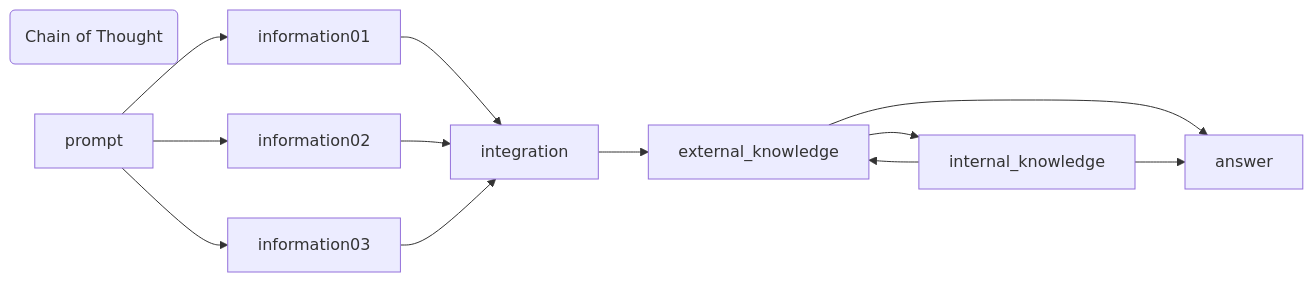
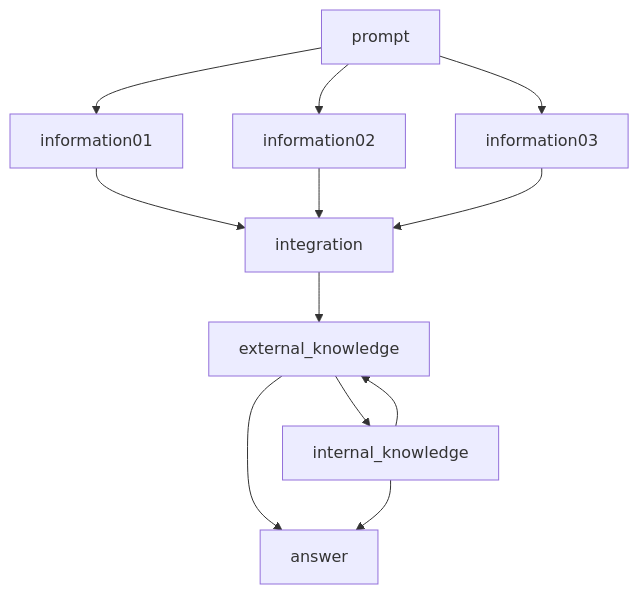
Before and after one commit to HR-ChatGPT/ChatGPT-UITGELEGD: the second of 3 diagrams in README.md, drawn with Mermaid. The commit also changed other lines of this file, not shown here.

````diff
--- a/README.md
+++ b/README.md
@@ -562,17 +569,17 @@
 ```mermaid
 
-flowchart LR
-    id1(Chain of Thought)
+flowchart TD
+   
 
     prompt --> information01
     prompt --> information02
     prompt --> information03
    information01 -->integration
    information02 -->integration
    information03 -->integration
    integration --> external_knowledge
    external_knowledge --> answer
    internal_knowledge --> answer
    internal_knowledge --> external_knowledge
    external_knowledge --> internal_knowledge
 ```
````
